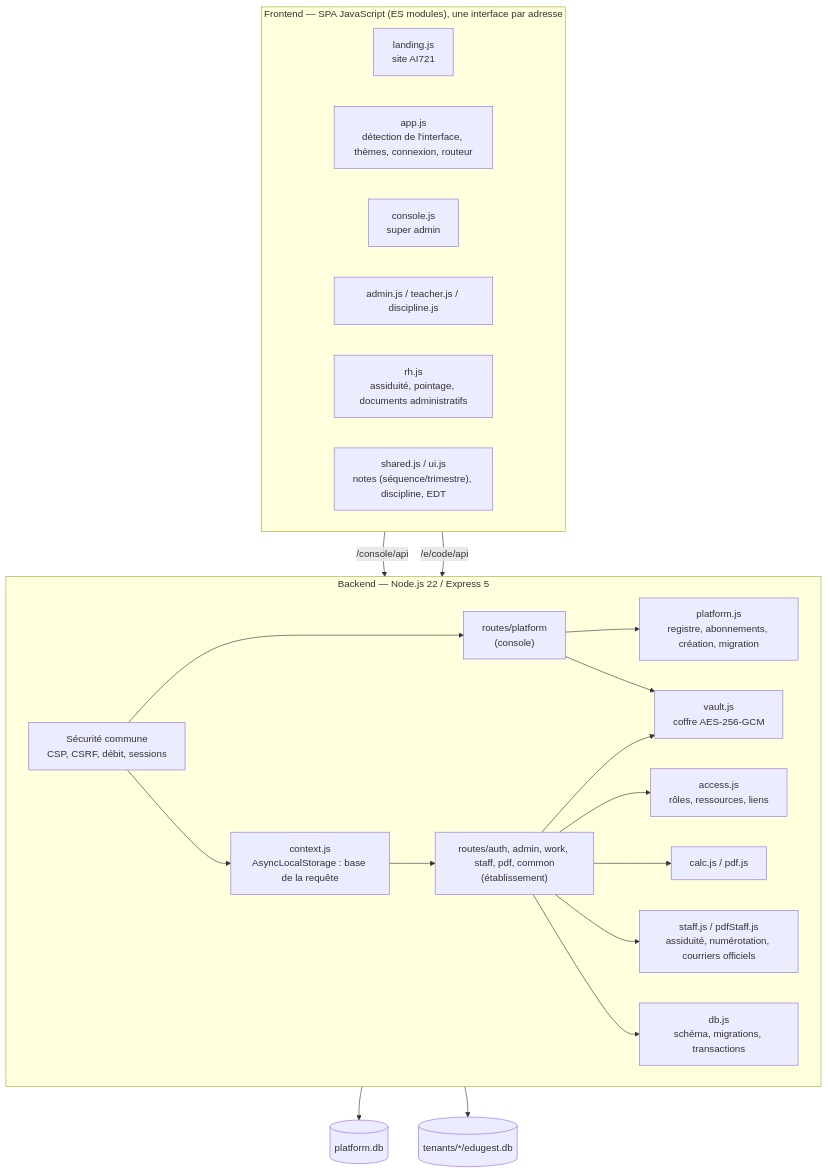
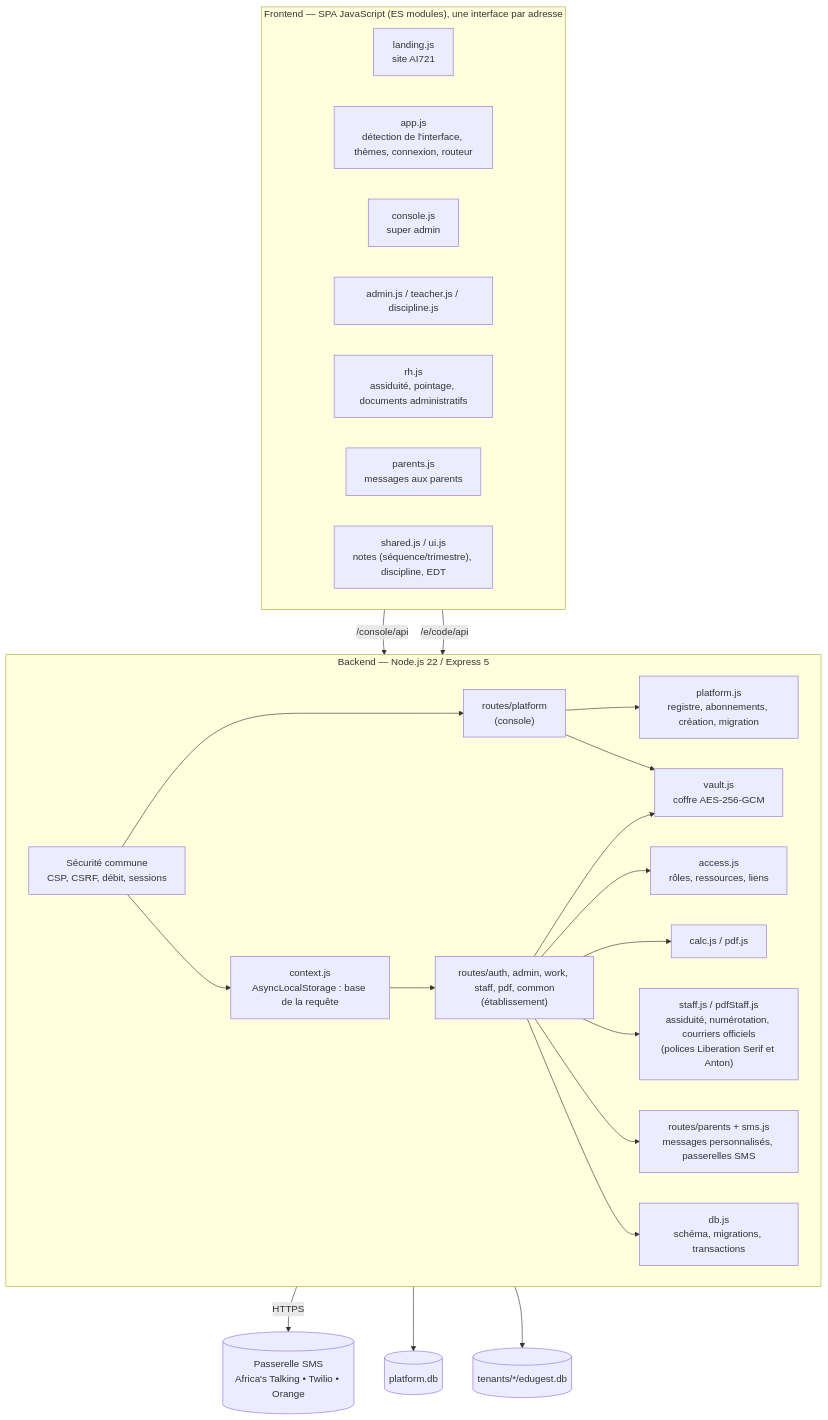
One commit to ANDJE30/MY_WORLD changed the diagram in docs/uml/10_architecture.mmd. Above: the diagram before and after it, drawn with Mermaid. The commit also changed 126 other files, not shown here.

```diff
--- a/docs/uml/10_architecture.mmd
+++ b/docs/uml/10_architecture.mmd
@@ -1,34 +1,37 @@
 flowchart TB
   subgraph FRONT["Frontend — SPA JavaScript (ES modules), une interface par adresse"]
     direction LR
     F0["landing.js<br/>site AI721"]
     F1["app.js<br/>détection de l'interface, thèmes, connexion, routeur"]
     F2["console.js<br/>super admin"]
     F3["admin.js / teacher.js / discipline.js"]
     F5["rh.js<br/>assiduité, pointage, documents administratifs"]
+    F6["parents.js<br/>messages aux parents"]
     F4["shared.js / ui.js<br/>notes (séquence/trimestre), discipline, EDT"]
   end
   subgraph BACK["Backend — Node.js 22 / Express 5"]
     direction LR
     M["Sécurité commune<br/>CSP, CSRF, débit, sessions"]
     PL["platform.js<br/>registre, abonnements, création, migration"]
     CX["context.js<br/>AsyncLocalStorage : base de la requête"]
     RC["routes/platform<br/>(console)"]
     RT["routes/auth, admin, work, staff, pdf, common<br/>(établissement)"]
-    ST["staff.js / pdfStaff.js<br/>assiduité, numérotation, courriers officiels"]
+    ST["staff.js / pdfStaff.js<br/>assiduité, numérotation, courriers officiels<br/>(polices Liberation Serif et Anton)"]
+    SM["routes/parents + sms.js<br/>messages personnalisés, passerelles SMS"]
     AC["access.js<br/>rôles, ressources, liens"]
     V["vault.js<br/>coffre AES-256-GCM"]
     C["calc.js / pdf.js"]
     D["db.js<br/>schéma, migrations, transactions"]
   end
   PDB[("platform.db")]
   TDB[("tenants/*/edugest.db")]
   FRONT -- "/console/api" --> M
   FRONT -- "/e/code/api" --> M
   M --> RC & CX
   CX --> RT
   RC --> PL & V
-  RT --> AC & C & V & ST
+  RT --> AC & C & V & ST & SM
+  SM -- "HTTPS" --> GW[("Passerelle SMS<br/>Africa's Talking • Twilio • Orange")]
   PL --> PDB
   D --> TDB
   RT --> D
```
